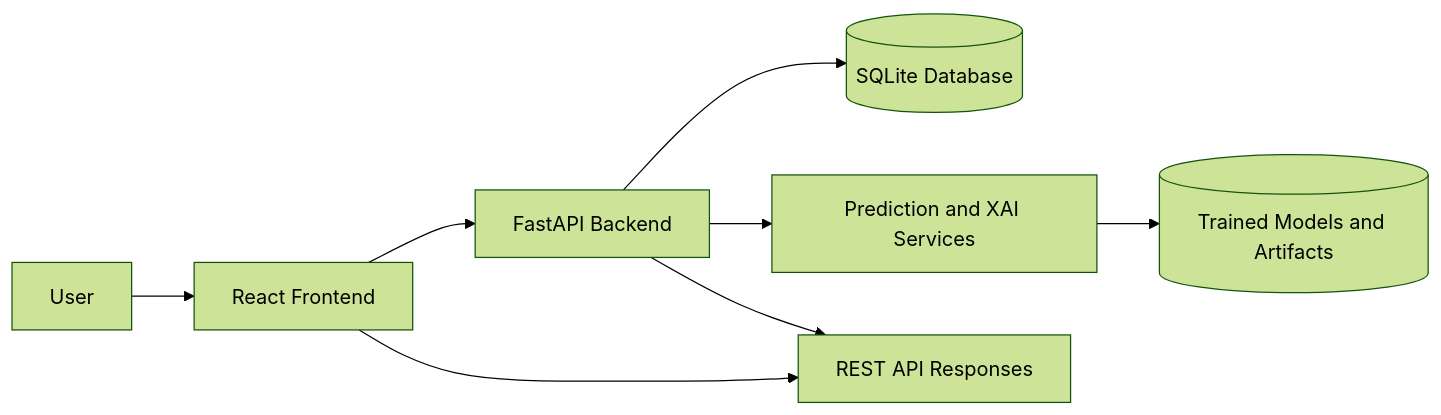
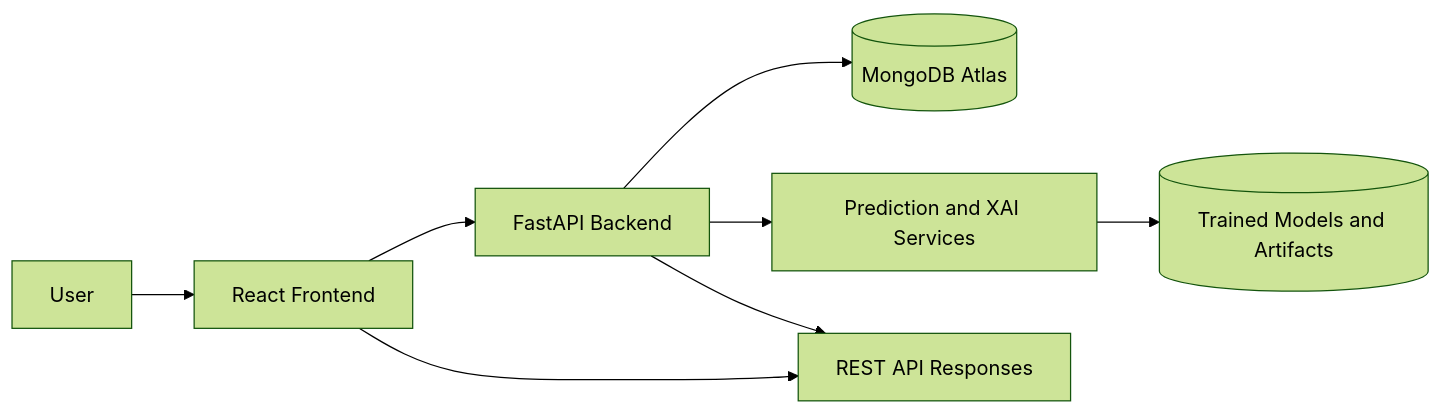
One commit to AswathSiva2005/BB-predict changed the first of 6 diagrams in docs/SYSTEM_DESIGN.md. Above: the diagram before and after it, drawn with Mermaid (forest theme). The commit also changed other lines of this file and 3 other files, not shown here.

Commit message:
update project setup and architecture documentation

````diff
--- a/docs/SYSTEM_DESIGN.md
+++ b/docs/SYSTEM_DESIGN.md
@@ -9,10 +9,10 @@
 ```mermaid
 flowchart LR
   U[User] --> F[React Frontend]
   F --> B[FastAPI Backend]
-  B --> DB[(SQLite Database)]
+  B --> DB[(MongoDB Atlas)]
   B --> ML[Prediction and XAI Services]
   ML --> M[(Trained Models and Artifacts)]
   B --> API[REST API Responses]
   F --> API
 ```
````
